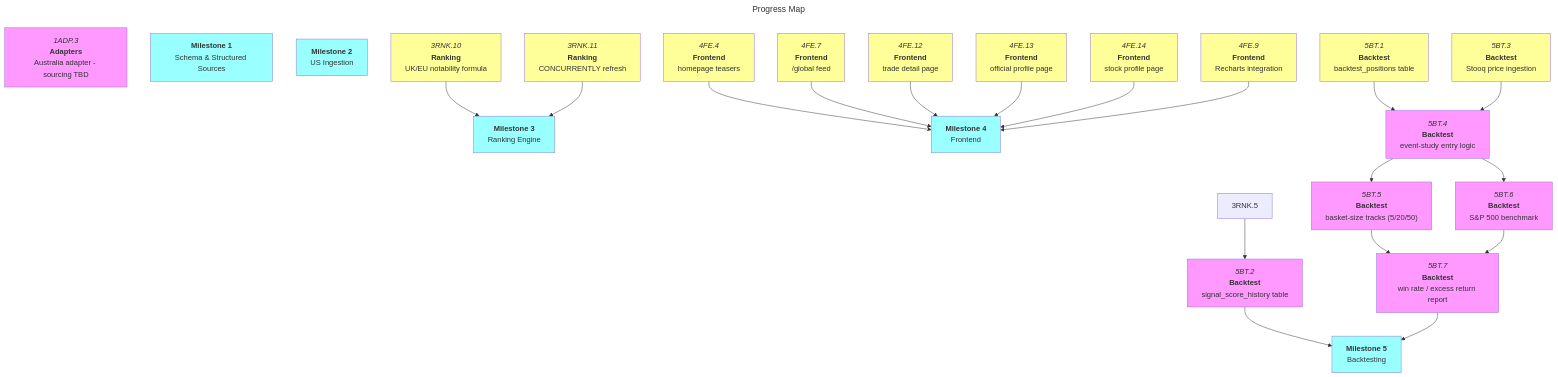
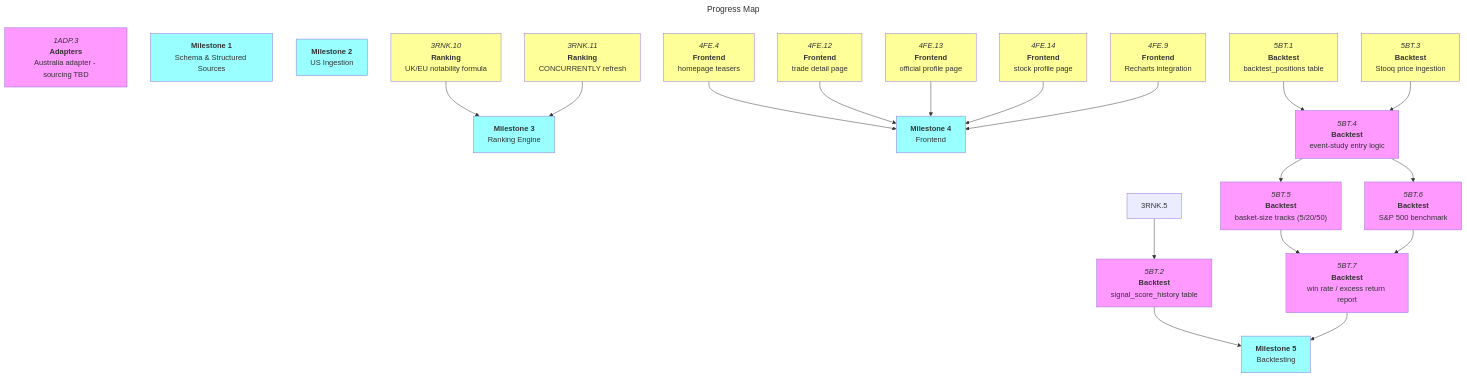
One commit to Oggie112/CrossBench changed the diagram in docs/roadmaps/mvp.md. Above: the diagram before and after it, drawn with Mermaid. The commit also changed other lines of this file and 3 other files, not shown here.

First line of the commit message:
feat(frontend): /global feed for UK/EU disclosures (4FE.7)

````diff
--- a/docs/roadmaps/mvp.md
+++ b/docs/roadmaps/mvp.md
@@ -198,69 +198,66 @@
 ```mermaid
 ---
 title: Progress Map
 ---
 graph TD
 
 1ADP.3["`*1ADP.3*<br/>**Adapters**<br/>Australia adapter - sourcing TBD`"]:::blocked
 
 m1["`**Milestone 1**<br/>Schema & Structured Sources`"]:::mile
 
 m2["`**Milestone 2**<br/>US Ingestion`"]:::mile
 
 3RNK.10["`*3RNK.10*<br/>**Ranking**<br/>UK/EU notability formula`"]:::open
 3RNK.10 --> m3
 
 3RNK.11["`*3RNK.11*<br/>**Ranking**<br/>CONCURRENTLY refresh`"]:::open
 3RNK.11 --> m3
 
 m3["`**Milestone 3**<br/>Ranking Engine`"]:::mile
 
 4FE.4["`*4FE.4*<br/>**Frontend**<br/>homepage teasers`"]:::open
 
-4FE.7["`*4FE.7*<br/>**Frontend**<br/>/global feed`"]:::open
-
 4FE.12["`*4FE.12*<br/>**Frontend**<br/>trade detail page`"]:::open
 
 4FE.13["`*4FE.13*<br/>**Frontend**<br/>official profile page`"]:::open
 
 4FE.14["`*4FE.14*<br/>**Frontend**<br/>stock profile page`"]:::open
 
 4FE.9["`*4FE.9*<br/>**Frontend**<br/>Recharts integration`"]:::open
 
 m4["`**Milestone 4**<br/>Frontend`"]:::mile
 4FE.4 --> m4
-4FE.7 --> m4
 4FE.12 --> m4
 4FE.13 --> m4
 4FE.14 --> m4
 4FE.9 --> m4
 
 5BT.3["`*5BT.3*<br/>**Backtest**<br/>Stooq price ingestion`"]:::open
 
 5BT.1["`*5BT.1*<br/>**Backtest**<br/>backtest_positions table`"]:::open
 
 5BT.2["`*5BT.2*<br/>**Backtest**<br/>signal_score_history table`"]:::blocked
 3RNK.5 --> 5BT.2
 
 5BT.4["`*5BT.4*<br/>**Backtest**<br/>event-study entry logic`"]:::blocked
 5BT.1 --> 5BT.4
 5BT.3 --> 5BT.4
 
 5BT.5["`*5BT.5*<br/>**Backtest**<br/>basket-size tracks (5/20/50)`"]:::blocked
 5BT.4 --> 5BT.5
 
 5BT.6["`*5BT.6*<br/>**Backtest**<br/>S&P 500 benchmark`"]:::blocked
 5BT.4 --> 5BT.6
 
 5BT.7["`*5BT.7*<br/>**Backtest**<br/>win rate / excess return report`"]:::blocked
 5BT.5 --> 5BT.7
 5BT.6 --> 5BT.7
 
 m5["`**Milestone 5**<br/>Backtesting`"]:::mile
 5BT.2 --> m5
 5BT.7 --> m5
 
 classDef blocked fill:#f9f;
 classDef open fill:#ff9;
 classDef mile fill:#9ff;
 ```
````
